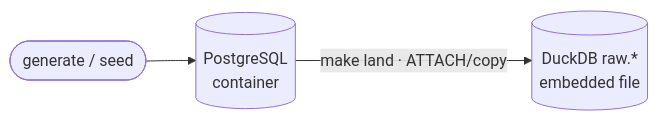
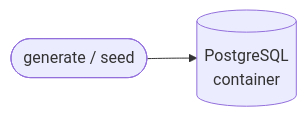
One commit to luanmorenommaciel/uc-postgres-duckdb-dbt-analytics changed the diagram in src/README.md. Above: the diagram before and after it, drawn with Mermaid. The commit also changed other lines of this file and 99 other files, not shown here.

````diff
--- a/src/README.md
+++ b/src/README.md
@@ -11,5 +12,4 @@
 ```mermaid
 graph LR
     S([generate / seed]) --> P[(PostgreSQL<br/>container)]
-    P -->|make land · ATTACH/copy| W[(DuckDB raw.*<br/>embedded file)]
 ```
````
